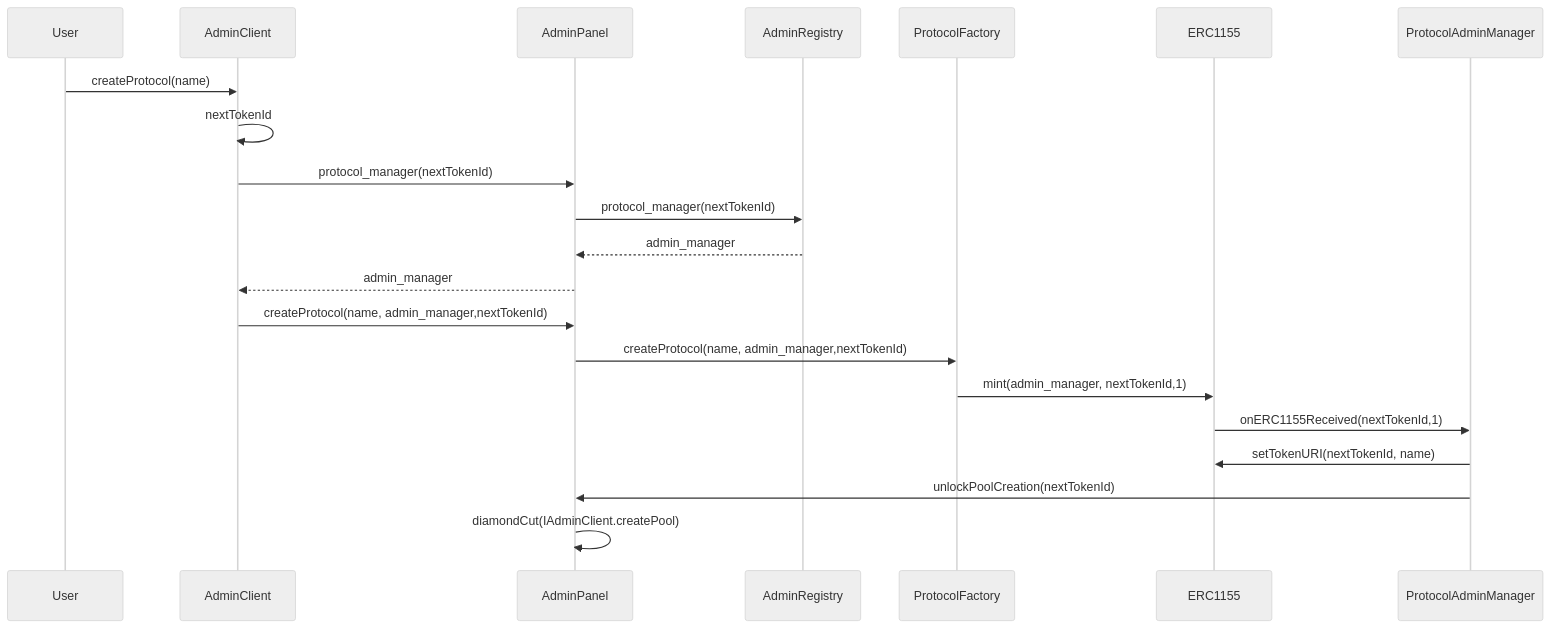
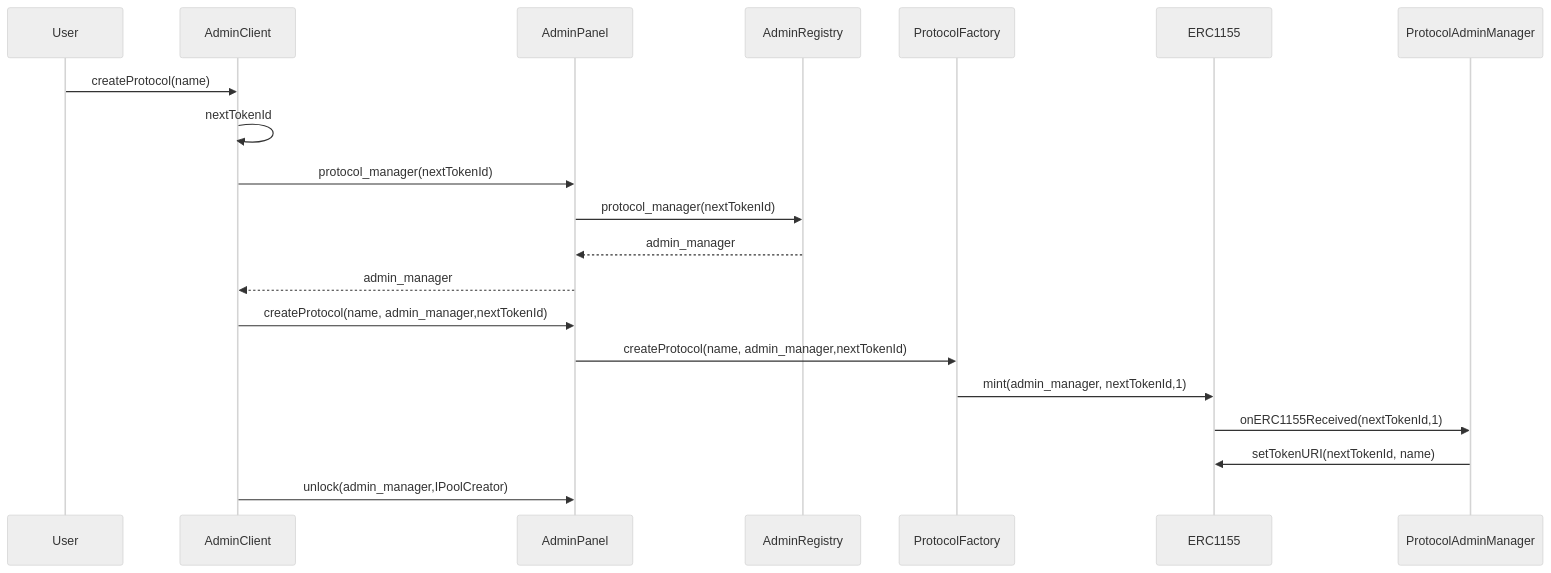
Before and after one commit to JMSBPP/hook-bazaar-monorepo: the diagram in contracts/protocol-pkg/diagrams/sequence.mmd, drawn with Mermaid (neutral theme). The commit also changed 10 other files, not shown here.

Commit message:
chore: update protocol contracts, diagrams, and tests

```diff
--- a/contracts/protocol-pkg/diagrams/sequence.mmd
+++ b/contracts/protocol-pkg/diagrams/sequence.mmd
@@ -1,15 +1,14 @@
 sequenceDiagram
 
     User->>AdminClient:createProtocol(name)
     AdminClient ->> AdminClient:nextTokenId 
     AdminClient->>AdminPanel: protocol_manager(nextTokenId)
     AdminPanel->>AdminRegistry: protocol_manager(nextTokenId)
     AdminRegistry-->>AdminPanel:admin_manager
     AdminPanel-->>AdminClient:admin_manager
     AdminClient->>AdminPanel:createProtocol(name, admin_manager,nextTokenId)
     AdminPanel->>ProtocolFactory:createProtocol(name, admin_manager,nextTokenId)
     ProtocolFactory->>ERC1155:mint(admin_manager, nextTokenId,1)
     ERC1155->>ProtocolAdminManager:onERC1155Received(nextTokenId,1)
     ProtocolAdminManager->>ERC1155:setTokenURI(nextTokenId, name)
-    ProtocolAdminManager->>AdminPanel:unlockPoolCreation(nextTokenId)
-    AdminPanel->>AdminPanel:diamondCut(IAdminClient.createPool)
+    AdminClient->>AdminPanel:unlock(admin_manager,IPoolCreator)
```
